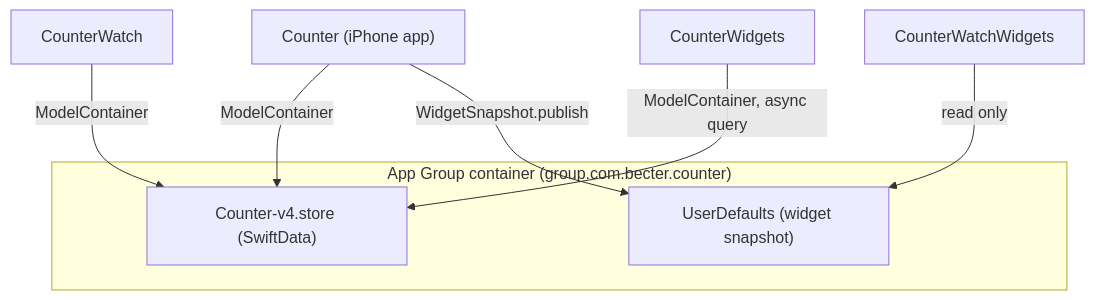
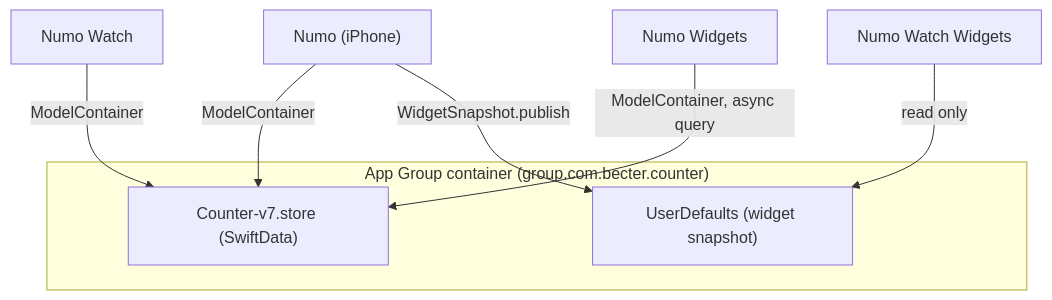
The first of 2 diagrams in docs/ARCHITECTURE.md (utopastac/counter-ios), drawn with Mermaid before and after one commit. The commit also changed other lines of this file and 16 other files, not shown here.

````diff
--- a/docs/ARCHITECTURE.md
+++ b/docs/ARCHITECTURE.md
@@ -32,13 +33,13 @@
 ```mermaid
 flowchart TB
   subgraph store ["App Group container (group.com.becter.counter)"]
-    db["Counter-v4.store (SwiftData)"]
+    db["Counter-v7.store (SwiftData)"]
     defaults["UserDefaults (widget snapshot)"]
   end
 
-  iphone["Counter (iPhone app)"] -->|ModelContainer| db
-  watch["CounterWatch"] -->|ModelContainer| db
-  homeWidget["CounterWidgets"] -->|ModelContainer, async query| db
+  iphone["Numo (iPhone)"] -->|ModelContainer| db
+  watch["Numo Watch"] -->|ModelContainer| db
+  homeWidget["Numo Widgets"] -->|ModelContainer, async query| db
   iphone -->|WidgetSnapshot.publish| defaults
-  watchWidget["CounterWatchWidgets"] -->|read only| defaults
+  watchWidget["Numo Watch Widgets"] -->|read only| defaults
 ```
````
